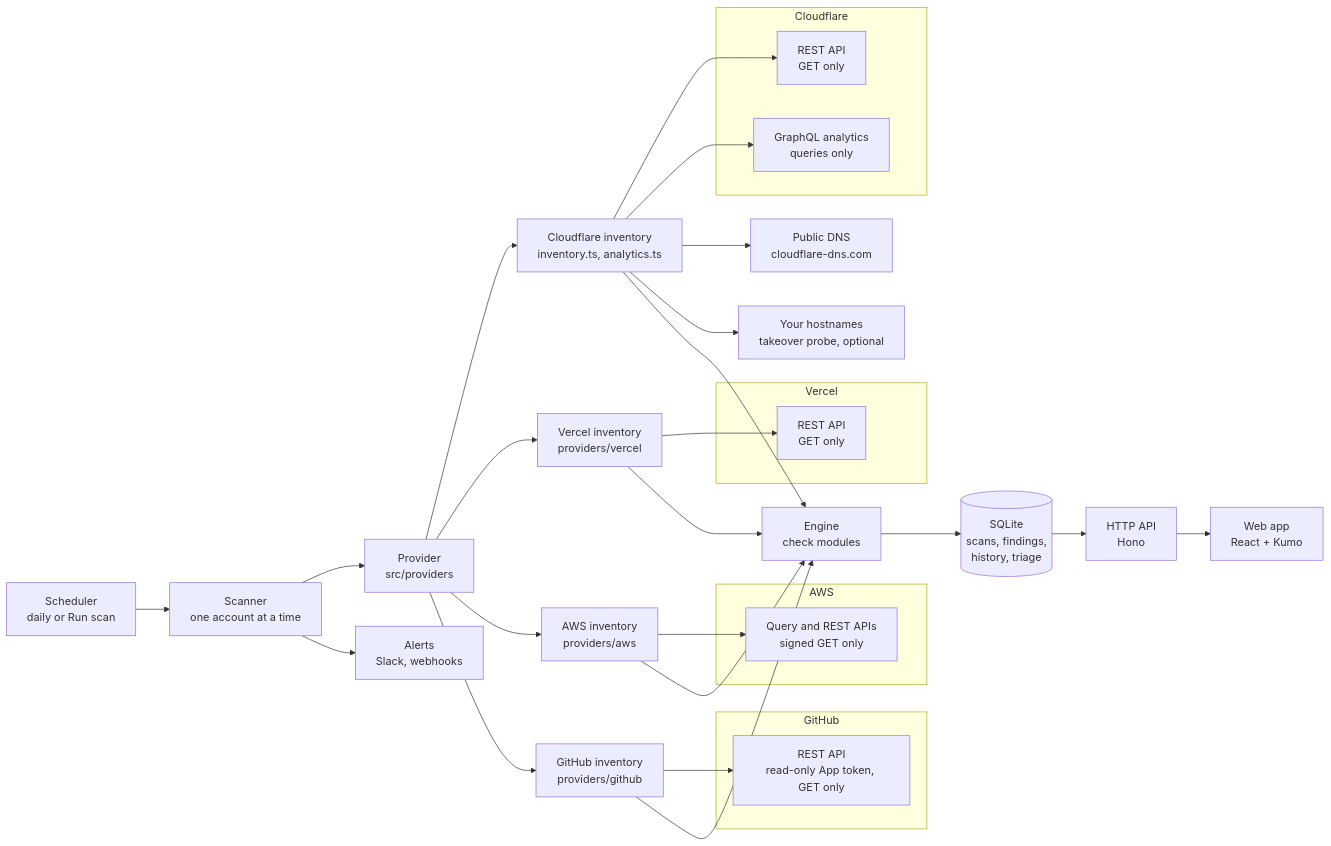
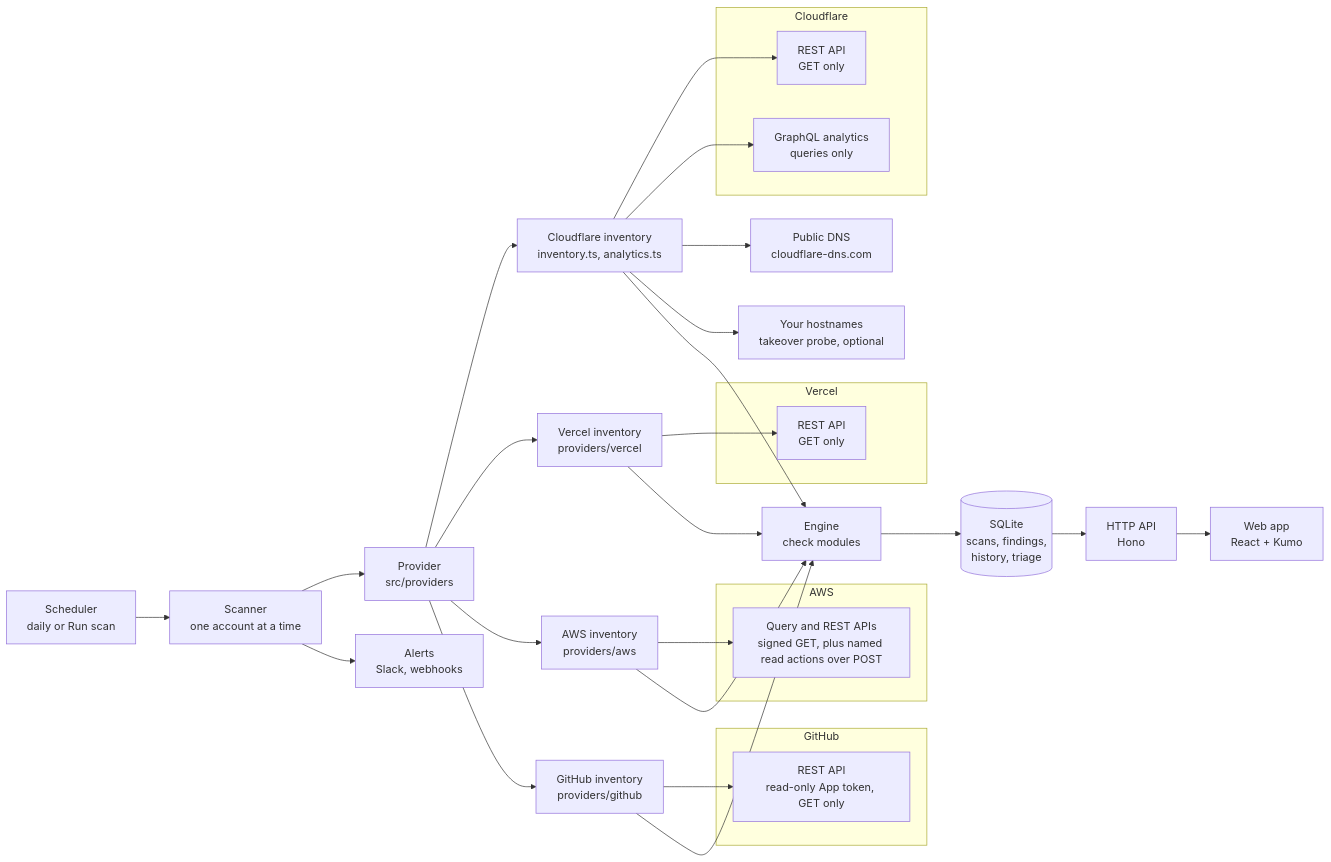
Before and after one commit to r4reetik/keelson: the diagram in docs/architecture.md, drawn with Mermaid. The commit also changed other lines of this file and 44 other files, not shown here.

Commit message:
AWS checks cover 23 more services through read-only POSTs, and GitHub checks self-hosted runners, fork pull requests, stale approvals and mutable releases

````diff
--- a/docs/architecture.md
+++ b/docs/architecture.md
@@ -3,34 +3,34 @@
 ```mermaid
 flowchart LR
   subgraph Cloudflare
     REST[REST API<br/>GET only]
     GQL[GraphQL analytics<br/>queries only]
   end
   subgraph Vercel
     VREST[REST API<br/>GET only]
   end
   subgraph AWS
-    AREST[Query and REST APIs<br/>signed GET only]
+    AREST[Query and REST APIs<br/>signed GET, plus named read actions over POST]
   end
   subgraph GitHub
     GREST[REST API<br/>read-only App token, GET only]
   end
   DOH[Public DNS<br/>cloudflare-dns.com]
   HOSTS[Your hostnames<br/>takeover probe, optional]
 
   SCH[Scheduler<br/>daily or Run scan] --> SC[Scanner<br/>one account at a time]
   SC --> PROV[Provider<br/>src/providers]
   PROV --> INV[Cloudflare inventory<br/>inventory.ts, analytics.ts]
   PROV --> VINV[Vercel inventory<br/>providers/vercel]
   PROV --> AINV[AWS inventory<br/>providers/aws]
   PROV --> GINV[GitHub inventory<br/>providers/github]
   INV --> REST & GQL & DOH & HOSTS
   VINV --> VREST
   AINV --> AREST
   GINV --> GREST
   INV & VINV & AINV & GINV --> ENG[Engine<br/>check modules]
   ENG --> DB[(SQLite<br/>scans, findings,<br/>history, triage)]
   DB --> API[HTTP API<br/>Hono]
   API --> WEB[Web app<br/>React + Kumo]
   SC --> NOTIFY[Alerts<br/>Slack, webhooks]
 ```
````
